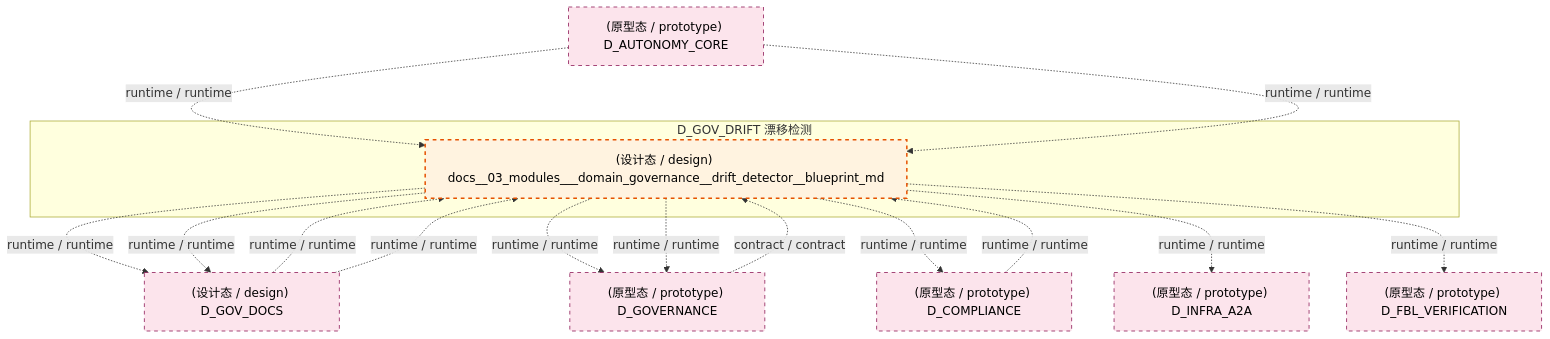
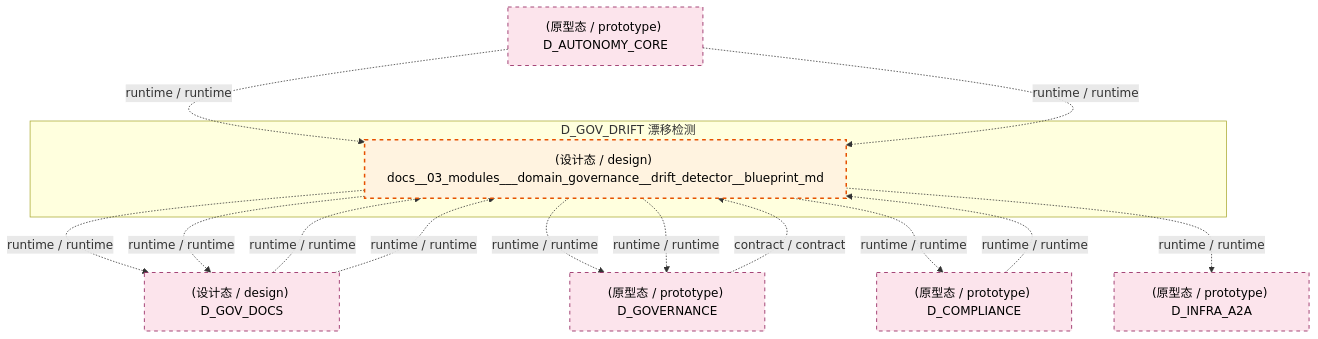
Before and after one commit to xuanFelixVan/ZephyrAlpha: the fifth of 7 diagrams in docs/02_enterprise_architecture/02_domain_architecture_docs/41_d_gov_drift.md, drawn with Mermaid. The commit also changed other lines of this file and 126 other files, not shown here.

````diff
--- a/docs/02_enterprise_architecture/02_domain_architecture_docs/41_d_gov_drift.md
+++ b/docs/02_enterprise_architecture/02_domain_architecture_docs/41_d_gov_drift.md
@@ -556,31 +556,29 @@
 ```mermaid
 graph TD
     subgraph D_GOV_DRIFT["D_GOV_DRIFT 漂移检测"]
         docs_03_modules_domain_governance_drift_detector_blueprint_md["(设计态 / design) docs__03_modules___domain_governance__drift_detector__blueprint_md"]
     end
     D_GOV_DOCS["(设计态 / design) D_GOV_DOCS"]
     docs_03_modules_domain_governance_drift_detector_blueprint_md -.->|runtime / runtime| D_GOV_DOCS
     D_GOVERNANCE["(原型态 / prototype) D_GOVERNANCE"]
     docs_03_modules_domain_governance_drift_detector_blueprint_md -.->|runtime / runtime| D_GOVERNANCE
     D_COMPLIANCE["(原型态 / prototype) D_COMPLIANCE"]
     docs_03_modules_domain_governance_drift_detector_blueprint_md -.->|runtime / runtime| D_COMPLIANCE
     D_INFRA_A2A["(原型态 / prototype) D_INFRA_A2A"]
     docs_03_modules_domain_governance_drift_detector_blueprint_md -.->|runtime / runtime| D_INFRA_A2A
-    D_FBL_VERIFICATION["(原型态 / prototype) D_FBL_VERIFICATION"]
-    docs_03_modules_domain_governance_drift_detector_blueprint_md -.->|runtime / runtime| D_FBL_VERIFICATION
     docs_03_modules_domain_governance_drift_detector_blueprint_md -.->|runtime / runtime| D_GOV_DOCS
     docs_03_modules_domain_governance_drift_detector_blueprint_md -.->|runtime / runtime| D_GOVERNANCE
-    D_AUTONOMY_CORE["(原型态 / prototype) D_AUTONOMY_CORE"]
-    D_AUTONOMY_CORE -.->|runtime / runtime| docs_03_modules_domain_governance_drift_detector_blueprint_md
-    D_AUTONOMY_CORE -.->|runtime / runtime| docs_03_modules_domain_governance_drift_detector_blueprint_md
     D_COMPLIANCE -.->|runtime / runtime| docs_03_modules_domain_governance_drift_detector_blueprint_md
     D_GOV_DOCS -.->|runtime / runtime| docs_03_modules_domain_governance_drift_detector_blueprint_md
     D_GOV_DOCS -.->|runtime / runtime| docs_03_modules_domain_governance_drift_detector_blueprint_md
     D_GOVERNANCE -.->|contract / contract| docs_03_modules_domain_governance_drift_detector_blueprint_md
+    D_AUTONOMY_CORE["(原型态 / prototype) D_AUTONOMY_CORE"]
+    D_AUTONOMY_CORE -.->|runtime / runtime| docs_03_modules_domain_governance_drift_detector_blueprint_md
+    D_AUTONOMY_CORE -.->|runtime / runtime| docs_03_modules_domain_governance_drift_detector_blueprint_md
     classDef production fill:#e1f5fe,stroke:#01579b,stroke-width:2px,color:#000
     classDef design fill:#fff3e0,stroke:#e65100,stroke-width:2px,color:#000,stroke-dasharray: 5 5
     classDef external_prod fill:#e8f5e9,stroke:#1b5e20,stroke-width:1px,color:#000
     classDef external_design fill:#fce4ec,stroke:#880e4f,stroke-width:1px,color:#000,stroke-dasharray: 5 5
     class docs_03_modules_domain_governance_drift_detector_blueprint_md design
-    class D_GOV_DOCS,D_GOVERNANCE,D_COMPLIANCE,D_INFRA_A2A,D_FBL_VERIFICATION,D_AUTONOMY_CORE external_design
+    class D_GOV_DOCS,D_GOVERNANCE,D_COMPLIANCE,D_INFRA_A2A,D_AUTONOMY_CORE external_design
 ```
````
